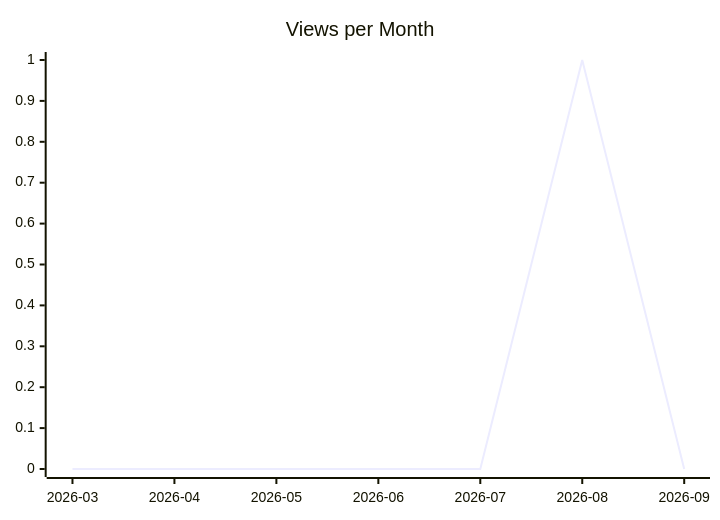
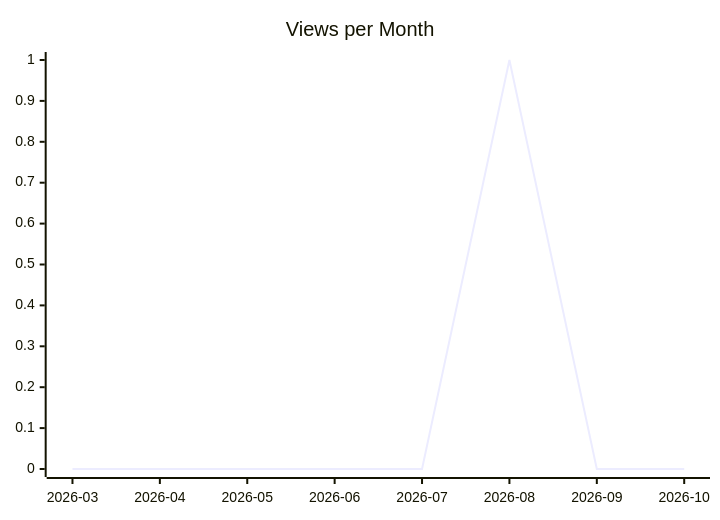
The second of 3 diagrams in karlmdavis/jessentials/README.md (justdavis-family/github-analytics-data), drawn with Mermaid before and after one commit. The commit also changed other lines of this file and 202 other files, not shown here.

````diff
--- a/karlmdavis/jessentials/README.md
+++ b/karlmdavis/jessentials/README.md
@@ -12,6 +12,6 @@
 ```mermaid
 xychart-beta
   title "Views per Month"
-  x-axis ["2026-03", "2026-04", "2026-05", "2026-06", "2026-07", "2026-08", "2026-09"]
-  line [0, 0, 0, 0, 0, 1, 0]
+  x-axis ["2026-03", "2026-04", "2026-05", "2026-06", "2026-07", "2026-08", "2026-09", "2026-10"]
+  line [0, 0, 0, 0, 0, 1, 0, 0]
 ```
````
